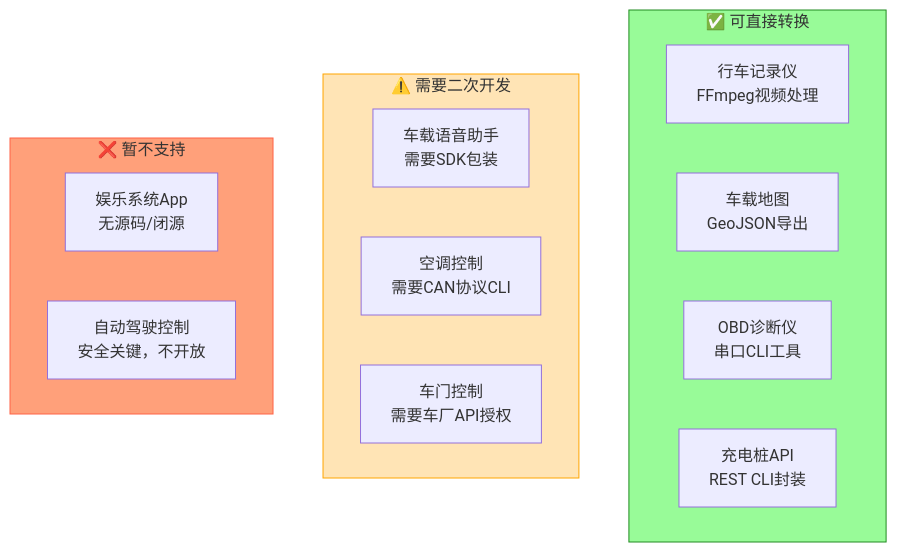
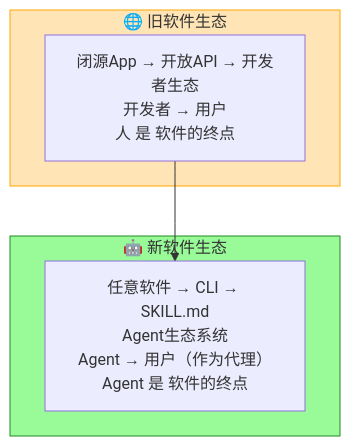
Before and after one commit to xuqi2024/xuqi2024.github.io: diagram 11 of 15 in source/_posts/2026-04-15-cli-anything-analysis.md, drawn with Mermaid. The commit also changed other lines of this file, not shown here.

Commit message:
更新: CLI-Anything深度解析 - 更深刻分析+详细未来展望

````diff
--- a/source/_posts/2026-04-15-cli-anything-analysis.md
+++ b/source/_posts/2026-04-15-cli-anything-analysis.md
@@ -384,24 +342,15 @@
 ```mermaid
 flowchart TB
-    subgraph 第一类["✅ 可直接转换"]
-        T1["行车记录仪<br/>FFmpeg视频处理"]
-        T2["车载地图<br/>GeoJSON导出"]
-        T3["OBD诊断仪<br/>串口CLI工具"]
-        T4["充电桩API<br/>REST CLI封装"]
+    subgraph 旧生态["🌐 旧软件生态"]
+        OLD["闭源App → 开放API → 开发者生态<br/>开发者 → 用户<br/>人 是 软件的终点"]
     end
     
-    subgraph 第二类["⚠️ 需要二次开发"]
-        T5["车载语音助手<br/>需要SDK包装"]
-        T6["空调控制<br/>需要CAN协议CLI"]
-        T7["车门控制<br/>需要车厂API授权"]
+    subgraph 新生态["🤖 新软件生态"]
+        NEW["任意软件 → CLI → SKILL.md<br/>Agent生态系统<br/>Agent → 用户（作为代理）<br/>Agent 是 软件的终点"]
     end
     
-    subgraph 第三类["❌ 暂不支持"]
-        T8["娱乐系统App<br/>无源码/闭源"]
-        T9["自动驾驶控制<br/>安全关键，不开放"]
-    end
+    OLD --> NEW
     
-    style 第一类 fill:#98FB98,stroke:#228B22
-    style 第二类 fill:#FFE4B5,stroke:#FFA500
-    style 第三类 fill:#FFA07A,stroke:#FF6347
+    style 旧生态 fill:#FFE4B5,stroke:#FFA500
+    style 新生态 fill:#98FB98,stroke:#228B22
 ```
````
